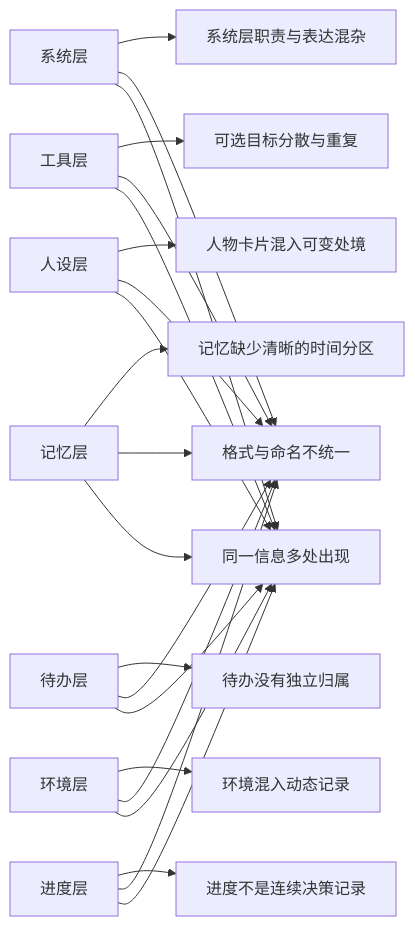
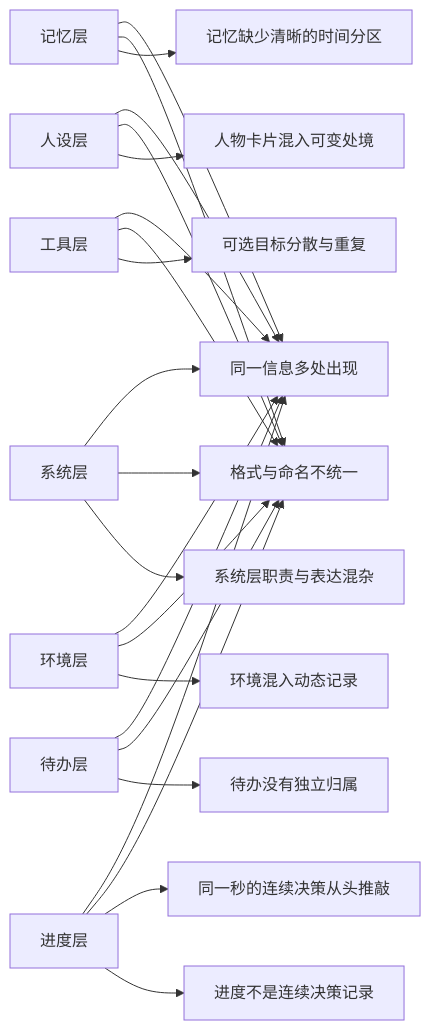
One commit to HoldThatThgt/WorldMock changed the seventh of 8 diagrams in docs/dev/PROPOSAL-decision-context.md. Above: the diagram before and after it, drawn with Mermaid. The commit also changed other lines of this file and 5 other files, not shown here.

````diff
--- a/docs/dev/PROPOSAL-decision-context.md
+++ b/docs/dev/PROPOSAL-decision-context.md
@@ -498,12 +557,13 @@
 ```mermaid
 flowchart LR
     S[系统层] --> SG[系统层职责与表达混杂]
     T[工具层] --> TG[可选目标分散与重复]
     P[人设层] --> PG[人物卡片混入可变处境]
     M[记忆层] --> MG[记忆缺少清晰的时间分区]
     D[待办层] --> DG[待办没有独立归属]
     E[环境层] --> EG[环境混入动态记录]
     G[进度层] --> GG[进度不是连续决策记录]
+    G --> CG[同一秒的连续决策从头推敲]
     S & T & P & M & D & E & G --> FG[格式与命名不统一]
     S & T & P & M & D & E & G --> UG[同一信息多处出现]
 ```
````
